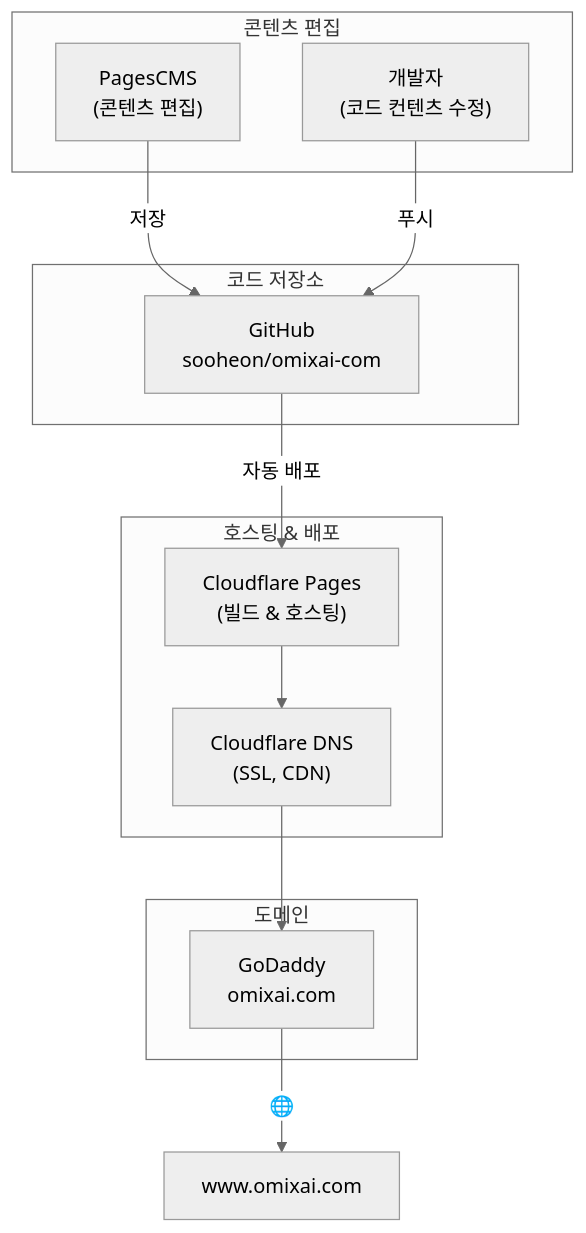
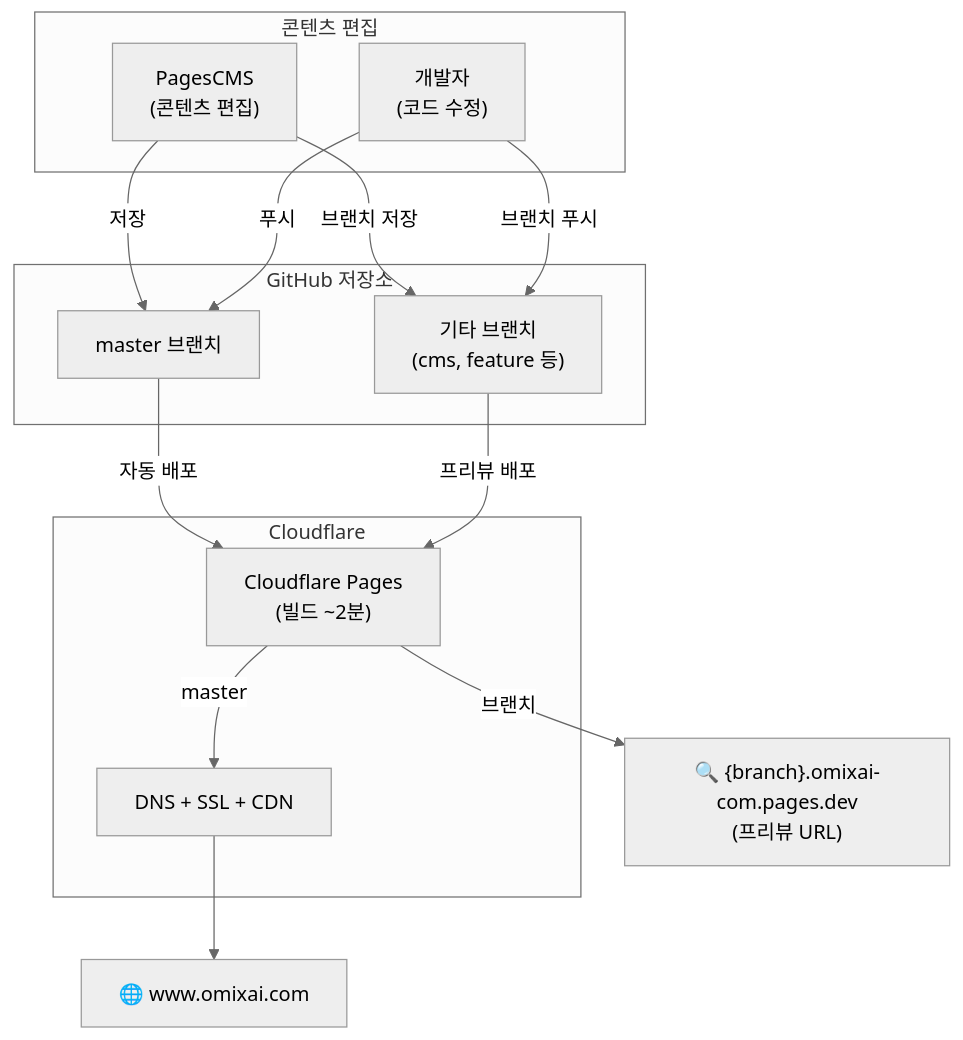
Before and after one commit to sooheon/omixai-com: the diagram in docs/MAINTENANCE.md, drawn with Mermaid (neutral theme). The commit also changed other lines of this file and 1 other file, not shown here.

Commit message:
Update diagram to show branch deployment flow
- master → www.omixai.com (live)
- other branches → {branch}.omixai-com.pages.dev (preview)

````diff
--- a/docs/MAINTENANCE.md
+++ b/docs/MAINTENANCE.md
@@ -28,27 +28,30 @@
 ```mermaid
 flowchart TB
     subgraph 콘텐츠["콘텐츠 편집"]
         PagesCMS["PagesCMS<br/>(콘텐츠 편집)"]
-        Dev["개발자<br/>(코드 컨텐츠 수정)"]
+        Dev["개발자<br/>(코드 수정)"]
     end
 
-    subgraph 저장소["코드 저장소"]
-        GitHub["GitHub<br/>sooheon/omixai-com"]
+    subgraph GitHub["GitHub 저장소"]
+        Master["master 브랜치"]
+        Other["기타 브랜치<br/>(cms, feature 등)"]
     end
 
-    subgraph 호스팅["호스팅 & 배포"]
-        CF_Pages["Cloudflare Pages<br/>(빌드 & 호스팅)"]
-        CF_DNS["Cloudflare DNS<br/>(SSL, CDN)"]
+    subgraph Cloudflare["Cloudflare"]
+        CF_Pages["Cloudflare Pages<br/>(빌드 ~2분)"]
+        CF_DNS["DNS + SSL + CDN"]
     end
 
-    subgraph 도메인["도메인"]
-        GoDaddy["GoDaddy<br/>omixai.com"]
-    end
+    PagesCMS -->|저장| Master
+    PagesCMS -->|브랜치 저장| Other
+    Dev -->|푸시| Master
+    Dev -->|브랜치 푸시| Other
 
-    PagesCMS -->|저장| GitHub
-    Dev -->|푸시| GitHub
-    GitHub -->|자동 배포| CF_Pages
-    CF_Pages --> CF_DNS
-    CF_DNS --> GoDaddy
-    GoDaddy -->|"🌐"| Site["www.omixai.com"]
+    Master -->|자동 배포| CF_Pages
+    Other -->|프리뷰 배포| CF_Pages
+
+    CF_Pages -->|master| CF_DNS
+    CF_DNS --> Live["🌐 www.omixai.com"]
+
+    CF_Pages -->|브랜치| Preview["🔍 {branch}.omixai-com.pages.dev<br/>(프리뷰 URL)"]
 ```
````
